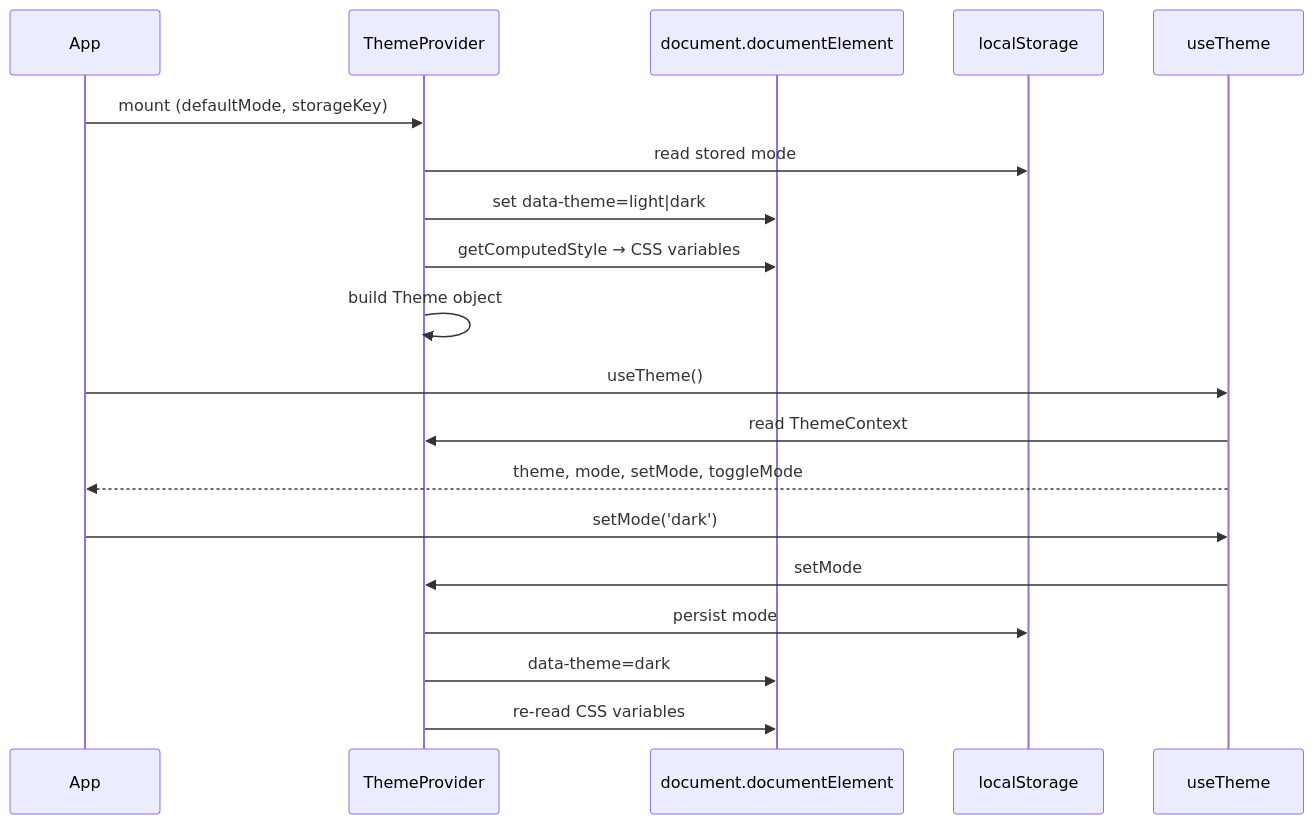
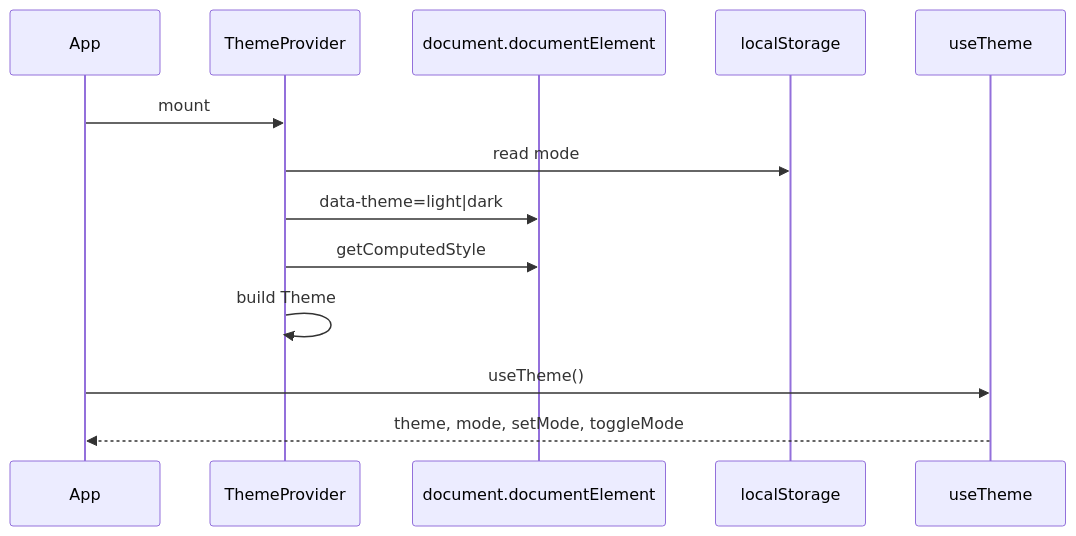
Before and after one commit to truerain/genoffice-v2: the fourth of 6 diagrams in packages/theme/.docs/architecture.md, drawn with Mermaid. The commit also changed other lines of this file and 26 other files, not shown here.

````diff
--- a/packages/theme/.docs/architecture.md
+++ b/packages/theme/.docs/architecture.md
@@ -149,22 +175,16 @@
 ```mermaid
 sequenceDiagram
   participant App
   participant TP as ThemeProvider
   participant DOM as document.documentElement
   participant LS as localStorage
   participant Hook as useTheme
 
-  App->>TP: mount (defaultMode, storageKey)
-  TP->>LS: read stored mode
-  TP->>DOM: set data-theme=light|dark
-  TP->>DOM: getComputedStyle → CSS variables
-  TP->>TP: build Theme object
+  App->>TP: mount
+  TP->>LS: read mode
+  TP->>DOM: data-theme=light|dark
+  TP->>DOM: getComputedStyle
+  TP->>TP: build Theme
   App->>Hook: useTheme()
-  Hook->>TP: read ThemeContext
   Hook-->>App: theme, mode, setMode, toggleMode
-  App->>Hook: setMode('dark')
-  Hook->>TP: setMode
-  TP->>LS: persist mode
-  TP->>DOM: data-theme=dark
-  TP->>DOM: re-read CSS variables
 ```
````
